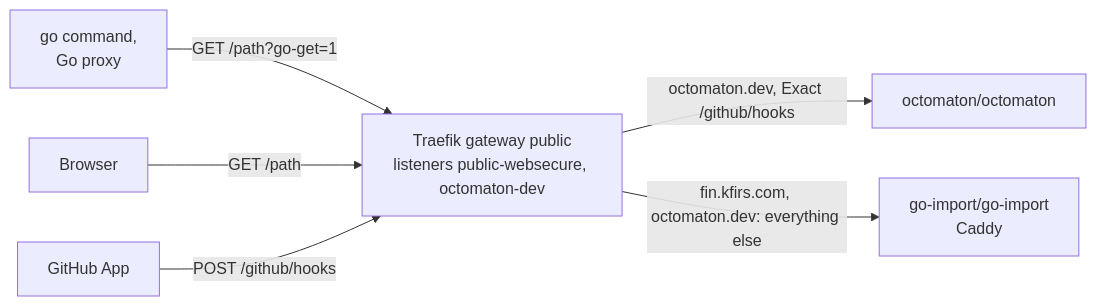
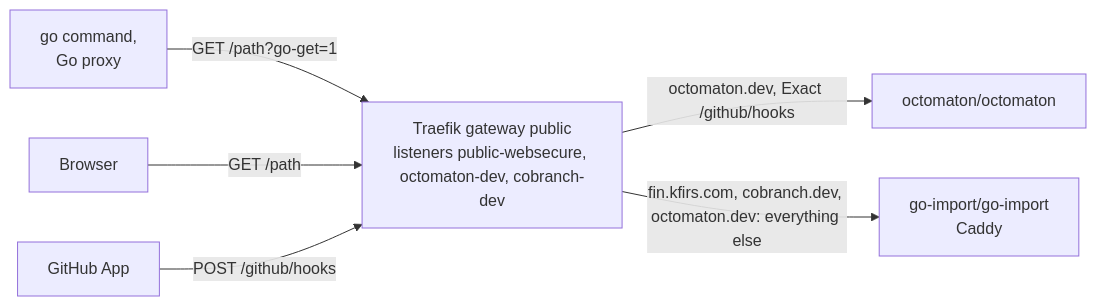
The diagram in docs/delivery/designs/go-import-pages.md (arikkfir-org/delivery), drawn with Mermaid before and after one commit. The commit also changed other lines of this file and 7 other files, not shown here.

First line of the commit message:
feat(go-import): serve Cobranch's module path cobranch.dev

````diff
--- a/docs/delivery/designs/go-import-pages.md
+++ b/docs/delivery/designs/go-import-pages.md
@@ -11,9 +11,9 @@
 ```mermaid
 flowchart LR
   GO["go command,<br/>Go proxy"] -->|"GET /path?go-get=1"| GW
   BR["Browser"] -->|"GET /path"| GW
   GH["GitHub App"] -->|"POST /github/hooks"| GW
-  GW["Traefik gateway public<br/>listeners public-websecure, octomaton-dev"]
+  GW["Traefik gateway public<br/>listeners public-websecure, octomaton-dev, cobranch-dev"]
   GW -->|"octomaton.dev, Exact /github/hooks"| OC["octomaton/octomaton"]
-  GW -->|"fin.kfirs.com, octomaton.dev: everything else"| GI["go-import/go-import<br/>Caddy"]
+  GW -->|"fin.kfirs.com, cobranch.dev, octomaton.dev: everything else"| GI["go-import/go-import<br/>Caddy"]
 ```
````
